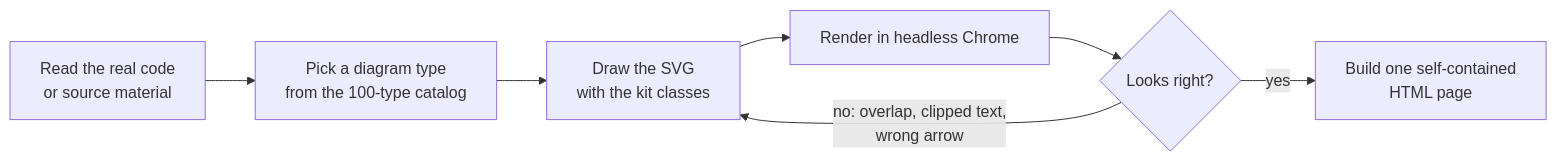
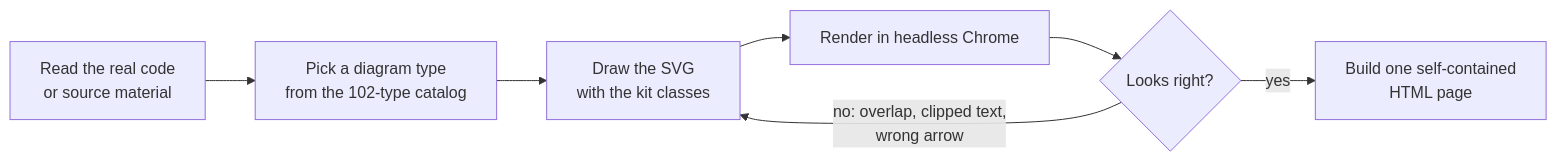
One commit to yashs33244/explorer changed the diagram in README.md. Above: the diagram before and after it, drawn with Mermaid. The commit also changed other lines of this file and 1 other file, not shown here.

````diff
--- a/README.md
+++ b/README.md
@@ -50,9 +50,9 @@
 ```mermaid
 flowchart LR
-    A[Read the real code<br/>or source material] --> B[Pick a diagram type<br/>from the 100-type catalog]
+    A[Read the real code<br/>or source material] --> B[Pick a diagram type<br/>from the 102-type catalog]
     B --> C[Draw the SVG<br/>with the kit classes]
     C --> D[Render in headless Chrome]
     D --> E{Looks right?}
     E -- "no: overlap, clipped text,<br/>wrong arrow" --> C
     E -- yes --> F[Build one self-contained<br/>HTML page]
 ```
````
